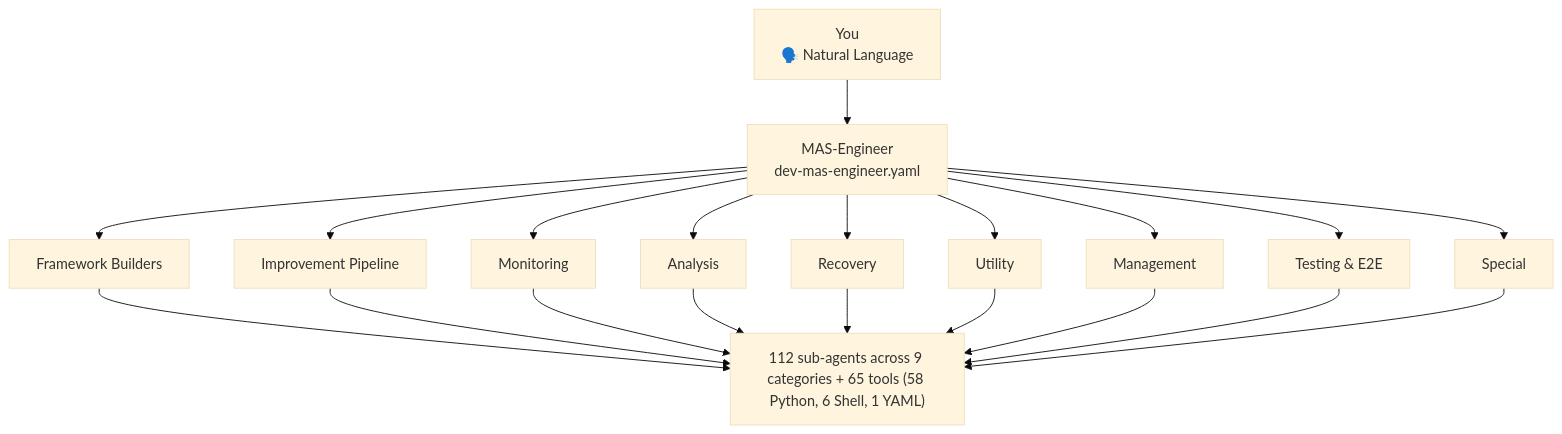
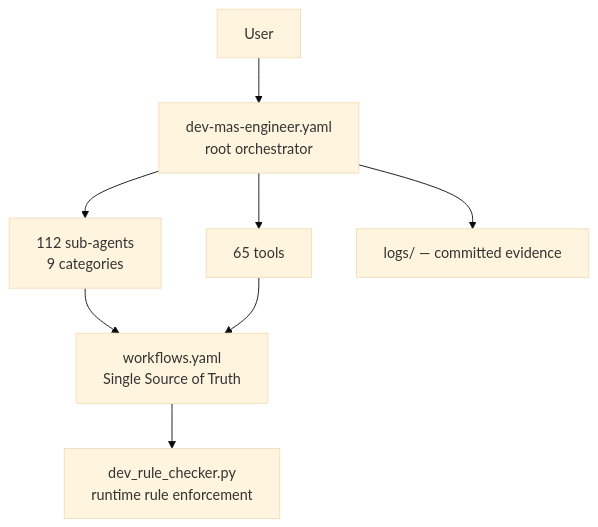
One commit to mczardybon/mas-engineer changed the diagram in README.md. Above: the diagram before and after it, drawn with Mermaid (base theme). The commit also changed other lines of this file and 10 other files, not shown here.

````diff
--- a/README.md
+++ b/README.md
@@ -272,14 +66,10 @@
 ```mermaid
-flowchart TD
-    YOU["You\n🗣️ Natural Language"] --> ENGINEER["MAS-Engineer\ndev-mas-engineer.yaml"]
-    ENGINEER --> FB["Framework Builders"]
-    ENGINEER --> IP["Improvement Pipeline"]
-    ENGINEER --> MON["Monitoring"]
-    ENGINEER --> AN["Analysis"]
-    ENGINEER --> REC["Recovery"]
-    ENGINEER --> UT["Utility"]
-    ENGINEER --> MG["Management"]
-    ENGINEER --> TEST["Testing & E2E"]
-    ENGINEER --> SPEC["Special"]
-    FB & IP & MON & AN & REC & UT & MG & TEST & SPEC --> TOOLS["112 sub-agents across 9 categories + 65 tools (58 Python, 6 Shell, 1 YAML)"]
+flowchart TB
+    YOU["User"] --> ME["dev-mas-engineer.yaml\nroot orchestrator"]
+    ME --> AGENTS["112 sub-agents\n9 categories"]
+    ME --> TOOLS["65 tools"]
+    AGENTS --> SOT["workflows.yaml\nSingle Source of Truth"]
+    TOOLS --> SOT
+    SOT --> CHECKER["dev_rule_checker.py\nruntime rule enforcement"]
+    ME --> LOGS["logs/ — committed evidence"]
 ```
````
